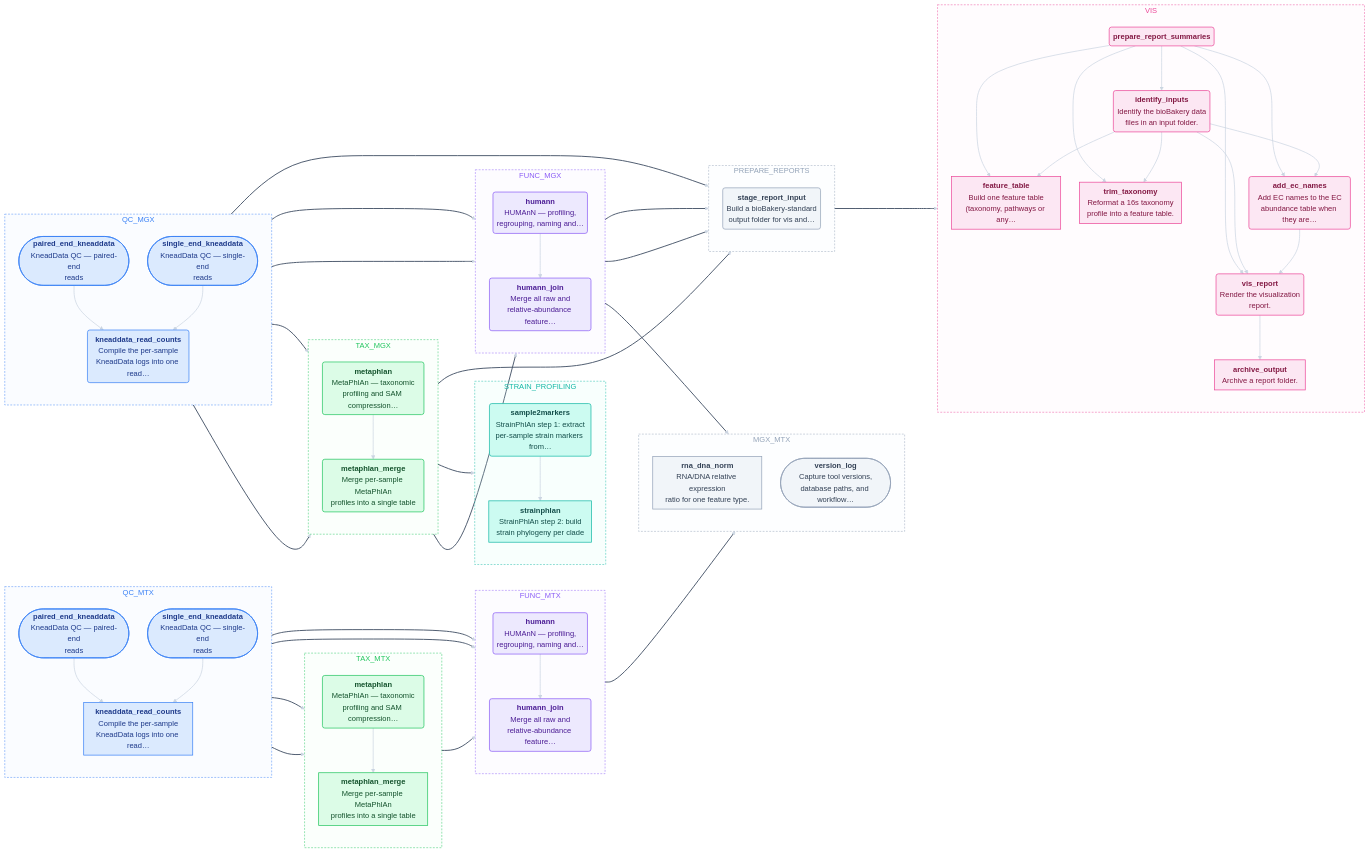
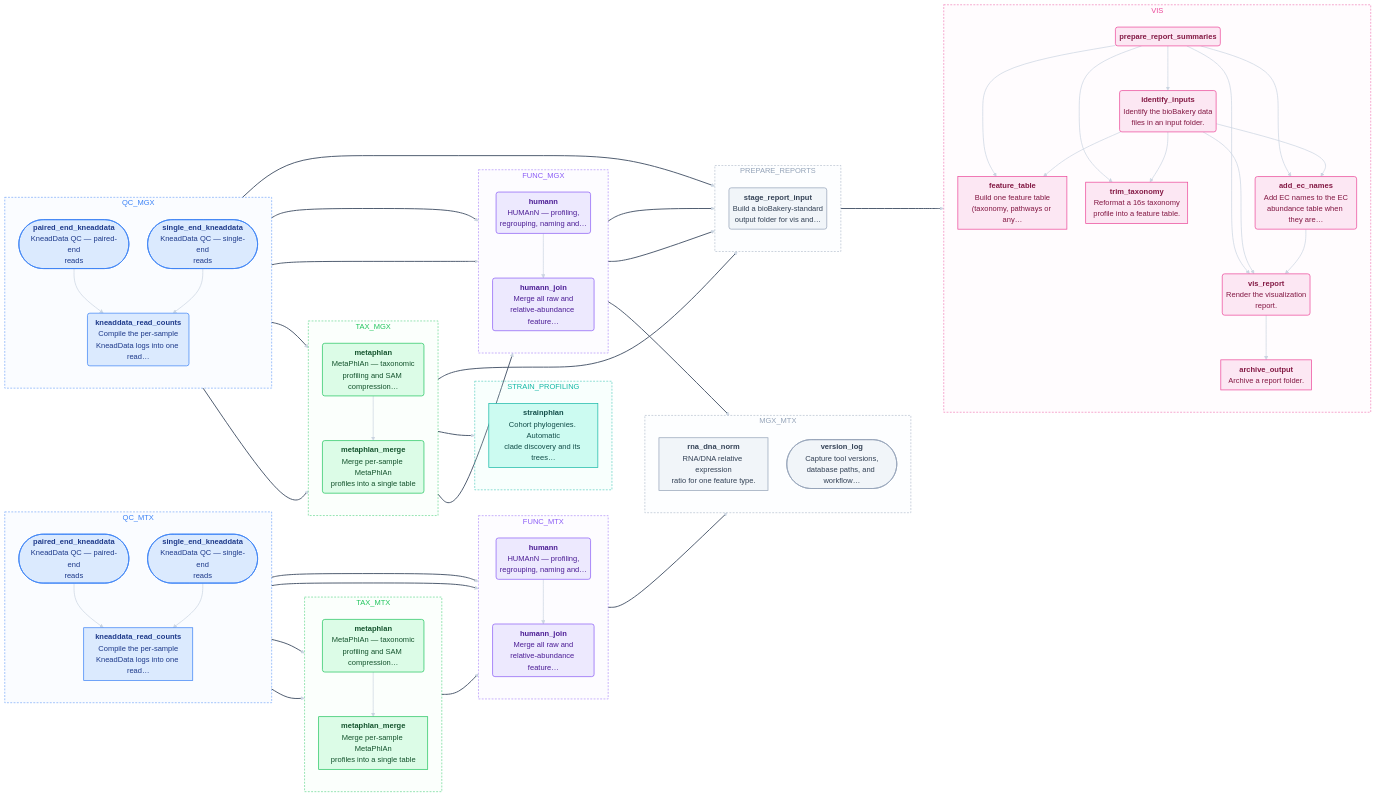
One commit to biobakery/biobakery-nextflow changed the diagram in docs/diagrams/mgx_mtx.mmd. Above: the diagram before and after it, drawn with Mermaid. The commit also changed 3 other files, not shown here.

```diff
--- a/docs/diagrams/mgx_mtx.mmd
+++ b/docs/diagrams/mgx_mtx.mmd
@@ -1,133 +1,131 @@
 %%{init: {"flowchart": {"curve": "basis", "nodeSpacing": 40,
                         "rankSpacing": 70, "padding": 8}}}%%
 flowchart LR
     subgraph QC_MGX
         direction TB
         paired_end_kneaddata(["<b>paired_end_kneaddata</b><br/>KneadData QC — paired-end<br/>reads"])
         single_end_kneaddata(["<b>single_end_kneaddata</b><br/>KneadData QC — single-end<br/>reads"])
         kneaddata_read_counts("<b>kneaddata_read_counts</b><br/>Compile the per-sample<br/>KneadData logs into one read…")
     end
     subgraph QC_MTX
         direction TB
         paired_end_kneaddata_2(["<b>paired_end_kneaddata</b><br/>KneadData QC — paired-end<br/>reads"])
         single_end_kneaddata_2(["<b>single_end_kneaddata</b><br/>KneadData QC — single-end<br/>reads"])
         kneaddata_read_counts_2["<b>kneaddata_read_counts</b><br/>Compile the per-sample<br/>KneadData logs into one read…"]
     end
     subgraph TAX_MGX
         direction TB
         metaphlan("<b>metaphlan</b><br/>MetaPhlAn — taxonomic<br/>profiling and SAM compression…")
         metaphlan_merge("<b>metaphlan_merge</b><br/>Merge per-sample MetaPhlAn<br/>profiles into a single table")
     end
     subgraph TAX_MTX
         direction TB
         metaphlan_2("<b>metaphlan</b><br/>MetaPhlAn — taxonomic<br/>profiling and SAM compression…")
         metaphlan_merge_2["<b>metaphlan_merge</b><br/>Merge per-sample MetaPhlAn<br/>profiles into a single table"]
     end
     subgraph FUNC_MGX
         direction TB
         humann("<b>humann</b><br/>HUMAnN — profiling,<br/>regrouping, naming and…")
         humann_join("<b>humann_join</b><br/>Merge all raw and<br/>relative-abundance feature…")
     end
     subgraph FUNC_MTX
         direction TB
         humann_2("<b>humann</b><br/>HUMAnN — profiling,<br/>regrouping, naming and…")
         humann_join_2("<b>humann_join</b><br/>Merge all raw and<br/>relative-abundance feature…")
     end
     subgraph MGX_MTX
         direction TB
         rna_dna_norm["<b>rna_dna_norm</b><br/>RNA/DNA relative expression<br/>ratio for one feature type."]
         version_log(["<b>version_log</b><br/>Capture tool versions,<br/>database paths, and workflow…"])
     end
     subgraph STRAIN_PROFILING
         direction TB
-        sample2markers("<b>sample2markers</b><br/>StrainPhlAn step 1: extract<br/>per-sample strain markers from…")
-        strainphlan["<b>strainphlan</b><br/>StrainPhlAn step 2: build<br/>strain phylogeny per clade"]
+        strainphlan["<b>strainphlan</b><br/>Cohort phylogenies. Automatic<br/>clade discovery and its trees…"]
     end
     subgraph PREPARE_REPORTS
         direction TB
         stage_report_input("<b>stage_report_input</b><br/>Build a bioBakery-standard<br/>output folder for vis and…")
     end
     subgraph VIS
         direction TB
         prepare_report_summaries("<b>prepare_report_summaries</b>")
         identify_inputs("<b>identify_inputs</b><br/>Identify the bioBakery data<br/>files in an input folder.")
         feature_table["<b>feature_table</b><br/>Build one feature table<br/>(taxonomy, pathways or any…"]
         trim_taxonomy["<b>trim_taxonomy</b><br/>Reformat a 16s taxonomy<br/>profile into a feature table."]
         add_ec_names("<b>add_ec_names</b><br/>Add EC names to the EC<br/>abundance table when they are…")
         vis_report("<b>vis_report</b><br/>Render the visualization<br/>report.")
         archive_output["<b>archive_output</b><br/>Archive a report folder."]
     end
 
     paired_end_kneaddata --> kneaddata_read_counts
     paired_end_kneaddata --> metaphlan
     paired_end_kneaddata --> humann
     single_end_kneaddata --> kneaddata_read_counts
     single_end_kneaddata --> metaphlan
     single_end_kneaddata --> humann
     kneaddata_read_counts --> stage_report_input
     paired_end_kneaddata_2 --> kneaddata_read_counts_2
     paired_end_kneaddata_2 --> metaphlan_2
     paired_end_kneaddata_2 --> humann_2
     single_end_kneaddata_2 --> kneaddata_read_counts_2
     single_end_kneaddata_2 --> metaphlan_2
     single_end_kneaddata_2 --> humann_2
     metaphlan --> metaphlan_merge
     metaphlan --> humann
-    metaphlan --> sample2markers
+    metaphlan --> strainphlan
     metaphlan_merge --> stage_report_input
     metaphlan_2 --> metaphlan_merge_2
     metaphlan_2 --> humann_2
     humann --> humann_join
     humann --> stage_report_input
     humann_join --> rna_dna_norm
     humann_join --> stage_report_input
     humann_2 --> humann_join_2
     humann_join_2 --> rna_dna_norm
-    sample2markers --> strainphlan
     stage_report_input --> prepare_report_summaries
     prepare_report_summaries --> identify_inputs
     prepare_report_summaries --> feature_table
     prepare_report_summaries --> trim_taxonomy
     prepare_report_summaries --> add_ec_names
     prepare_report_summaries --> vis_report
     identify_inputs --> feature_table
     identify_inputs --> trim_taxonomy
     identify_inputs --> add_ec_names
     identify_inputs --> vis_report
     add_ec_names --> vis_report
     vis_report --> archive_output
 
     style QC_MGX fill:#dbeafe22,stroke:#3b82f6,stroke-width:1px,stroke-dasharray:4 3,color:#3b82f6
     style QC_MTX fill:#dbeafe22,stroke:#3b82f6,stroke-width:1px,stroke-dasharray:4 3,color:#3b82f6
     style TAX_MGX fill:#dcfce722,stroke:#22c55e,stroke-width:1px,stroke-dasharray:4 3,color:#22c55e
     style TAX_MTX fill:#dcfce722,stroke:#22c55e,stroke-width:1px,stroke-dasharray:4 3,color:#22c55e
     style FUNC_MGX fill:#ede9fe22,stroke:#8b5cf6,stroke-width:1px,stroke-dasharray:4 3,color:#8b5cf6
     style FUNC_MTX fill:#ede9fe22,stroke:#8b5cf6,stroke-width:1px,stroke-dasharray:4 3,color:#8b5cf6
     style MGX_MTX fill:#f1f5f922,stroke:#94a3b8,stroke-width:1px,stroke-dasharray:4 3,color:#94a3b8
     style STRAIN_PROFILING fill:#ccfbf122,stroke:#14b8a6,stroke-width:1px,stroke-dasharray:4 3,color:#14b8a6
     style PREPARE_REPORTS fill:#f1f5f922,stroke:#94a3b8,stroke-width:1px,stroke-dasharray:4 3,color:#94a3b8
     style VIS fill:#fce7f322,stroke:#ec4899,stroke-width:1px,stroke-dasharray:4 3,color:#ec4899
 
     classDef stage0 fill:#dbeafe,stroke:#3b82f6,stroke-width:1.5px,color:#1e3a8a
     class paired_end_kneaddata,single_end_kneaddata,kneaddata_read_counts stage0
     classDef stage1 fill:#dbeafe,stroke:#3b82f6,stroke-width:1.5px,color:#1e3a8a
     class paired_end_kneaddata_2,single_end_kneaddata_2,kneaddata_read_counts_2 stage1
     classDef stage2 fill:#dcfce7,stroke:#22c55e,stroke-width:1.5px,color:#14532d
     class metaphlan,metaphlan_merge stage2
     classDef stage3 fill:#dcfce7,stroke:#22c55e,stroke-width:1.5px,color:#14532d
     class metaphlan_2,metaphlan_merge_2 stage3
     classDef stage4 fill:#ede9fe,stroke:#8b5cf6,stroke-width:1.5px,color:#4c1d95
     class humann,humann_join stage4
     classDef stage5 fill:#ede9fe,stroke:#8b5cf6,stroke-width:1.5px,color:#4c1d95
     class humann_2,humann_join_2 stage5
     classDef stage6 fill:#f1f5f9,stroke:#94a3b8,stroke-width:1.5px,color:#334155
     class rna_dna_norm,version_log stage6
     classDef stage7 fill:#ccfbf1,stroke:#14b8a6,stroke-width:1.5px,color:#134e4a
-    class sample2markers,strainphlan stage7
+    class strainphlan stage7
     classDef stage8 fill:#f1f5f9,stroke:#94a3b8,stroke-width:1.5px,color:#334155
     class stage_report_input stage8
     classDef stage9 fill:#fce7f3,stroke:#ec4899,stroke-width:1.5px,color:#831843
     class prepare_report_summaries,identify_inputs,feature_table,trim_taxonomy,add_ec_names,vis_report,archive_output stage9
 
     linkStyle default stroke:#cbd5e1,stroke-width:1.5px
-    linkStyle 1,2,4,5,6,8,9,11,12,14,15,16,18,20,21,22,24,26 stroke:#475569,stroke-width:2px
+    linkStyle 1,2,4,5,6,8,9,11,12,14,15,16,18,20,21,22,24,25 stroke:#475569,stroke-width:2px
```
